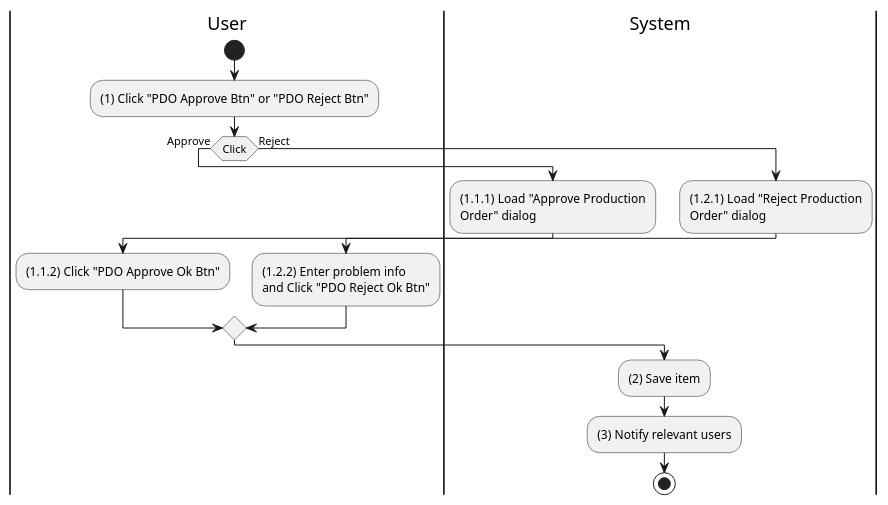
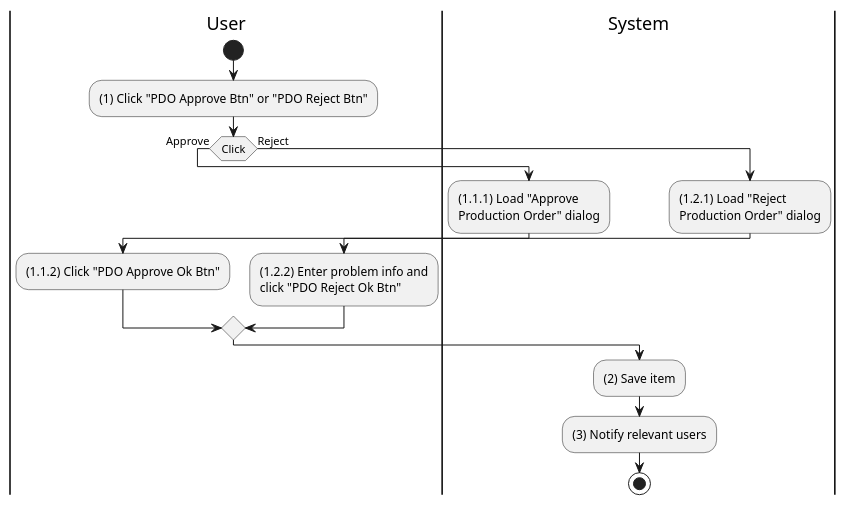
One commit to phihungha/scmss-reqs changed the diagram in activities/production-order-approve.plantuml. Above: the diagram before and after it, drawn with PlantUML. The commit also changed 9 other files, not shown here.

```diff
--- a/activities/production-order-approve.plantuml
+++ b/activities/production-order-approve.plantuml
@@ -1,23 +1,23 @@
 @startuml production-order-approve
 |u|User
 |s|System
 
 |u|
 start
 :(1) Click "PDO Approve Btn" or "PDO Reject Btn";
 if (Click) then (Approve)
     |s|
-    :(1.1.1) Load "Approve Production\nOrder" dialog;
+    :(1.1.1) Load "Approve\nProduction Order" dialog;
     |u|
     :(1.1.2) Click "PDO Approve Ok Btn";
 else (Reject)
     |s|
-    :(1.2.1) Load "Reject Production\nOrder" dialog;
+    :(1.2.1) Load "Reject\nProduction Order" dialog;
     |u|
-    :(1.2.2) Enter problem info\nand Click "PDO Reject Ok Btn";
+    :(1.2.2) Enter problem info and\nclick "PDO Reject Ok Btn";
 endif
 |s|
 :(2) Save item;
 :(3) Notify relevant users;
 stop
 @enduml
```
